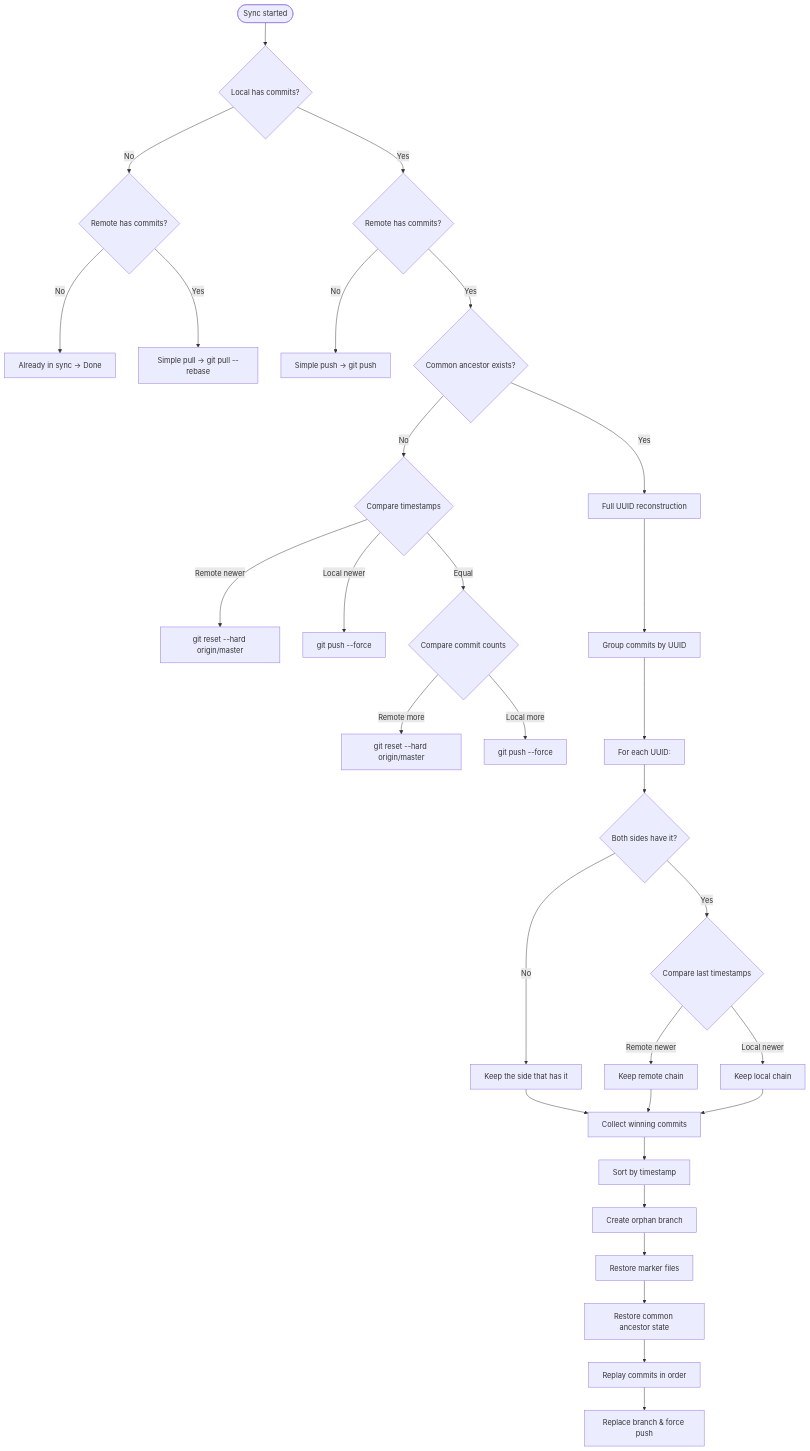
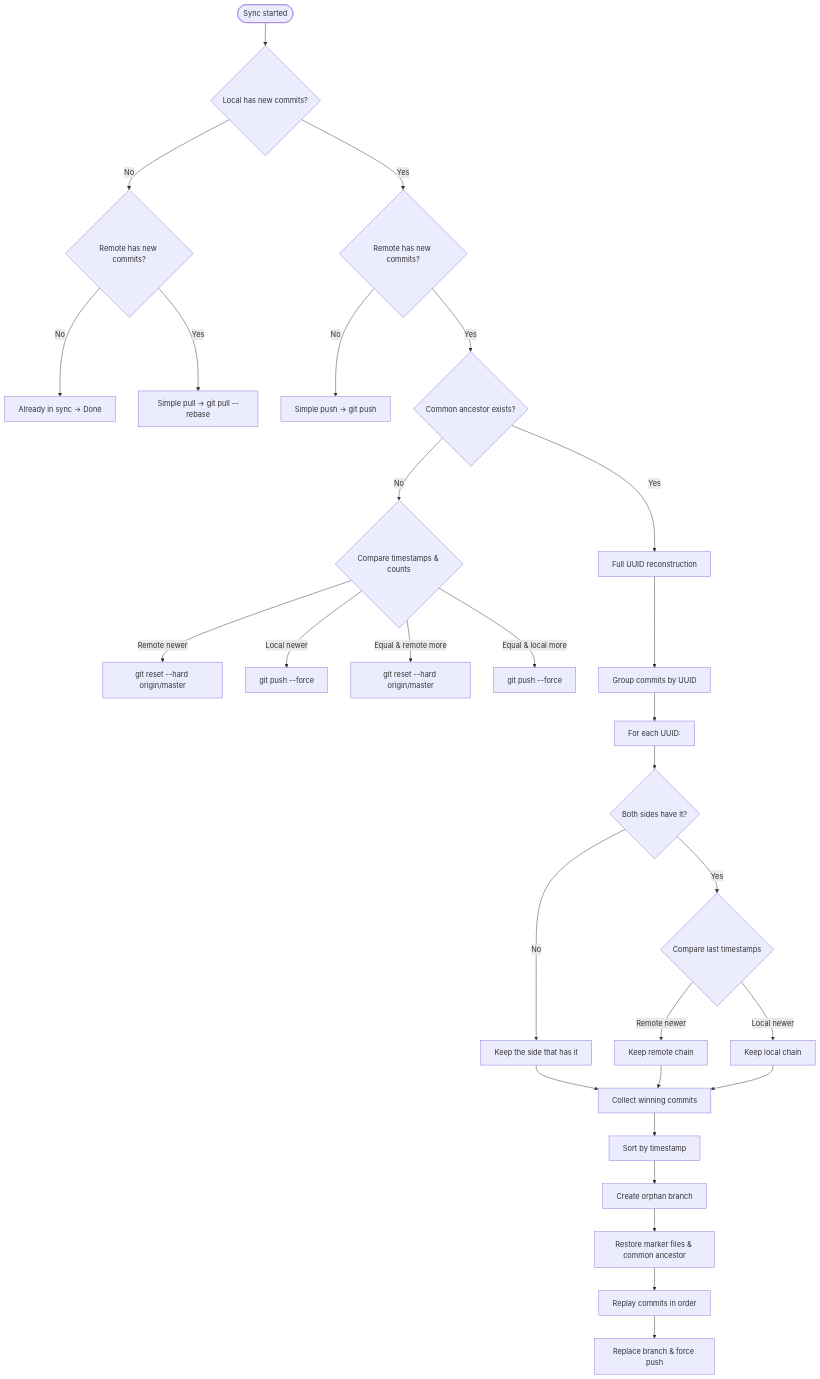
The diagram in documents/prior_art_sync_system_02.md (sys-ronin/terminal-notes), drawn with Mermaid before and after one commit. The commit also changed other lines of this file and 4 other files, not shown here.

````diff
--- a/documents/prior_art_sync_system_02.md
+++ b/documents/prior_art_sync_system_02.md
@@ -337,38 +201,36 @@
 ```mermaid
 flowchart TD
-    Start([Sync started]) --> A{Local has commits?}
-    A -->|No| B{Remote has commits?}
-    A -->|Yes| C{Remote has commits?}
+    Start([Sync started]) --> A{Local has new commits?}
+    A -->|No| B{Remote has new commits?}
+    A -->|Yes| C{Remote has new commits?}
 
     B -->|No| Already["Already in sync → Done"]
     B -->|Yes| Pull["Simple pull → git pull --rebase"]
 
     C -->|No| Push["Simple push → git push"]
     C -->|Yes| D{Common ancestor exists?}
 
-    D -->|No| E{Compare timestamps}
+    D -->|No| E{Compare timestamps & counts}
     D -->|Yes| F["Full UUID reconstruction"]
 
     E -->|Remote newer| ResetLocal["git reset --hard origin/master"]
     E -->|Local newer| ForcePush["git push --force"]
-    E -->|Equal| G{Compare commit counts}
-    G -->|Remote more| ResetLocal2["git reset --hard origin/master"]
-    G -->|Local more| ForcePush2["git push --force"]
+    E -->|Equal & remote more| ResetLocal2["git reset --hard origin/master"]
+    E -->|Equal & local more| ForcePush2["git push --force"]
 
-    F --> H["Group commits by UUID"]
-    H --> I["For each UUID:"]
-    I --> J{Both sides have it?}
-    J -->|No| K["Keep the side that has it"]
-    J -->|Yes| L{"Compare last timestamps"}
-    L -->|Remote newer| M["Keep remote chain"]
-    L -->|Local newer| N["Keep local chain"]
-    K --> O["Collect winning commits"]
-    M --> O
-    N --> O
-    O --> P["Sort by timestamp"]
-    P --> Q["Create orphan branch"]
-    Q --> R["Restore marker files"]
-    R --> S["Restore common ancestor state"]
-    S --> T["Replay commits in order"]
-    T --> U["Replace branch & force push"]
+    F --> G["Group commits by UUID"]
+    G --> H["For each UUID:"]
+    H --> I{Both sides have it?}
+    I -->|No| J["Keep the side that has it"]
+    I -->|Yes| K{"Compare last timestamps"}
+    K -->|Remote newer| L["Keep remote chain"]
+    K -->|Local newer| M["Keep local chain"]
+    J --> N["Collect winning commits"]
+    L --> N
+    M --> N
+    N --> O["Sort by timestamp"]
+    O --> P["Create orphan branch"]
+    P --> Q["Restore marker files & common ancestor"]
+    Q --> R["Replay commits in order"]
+    R --> S["Replace branch & force push"]
 ```
````
